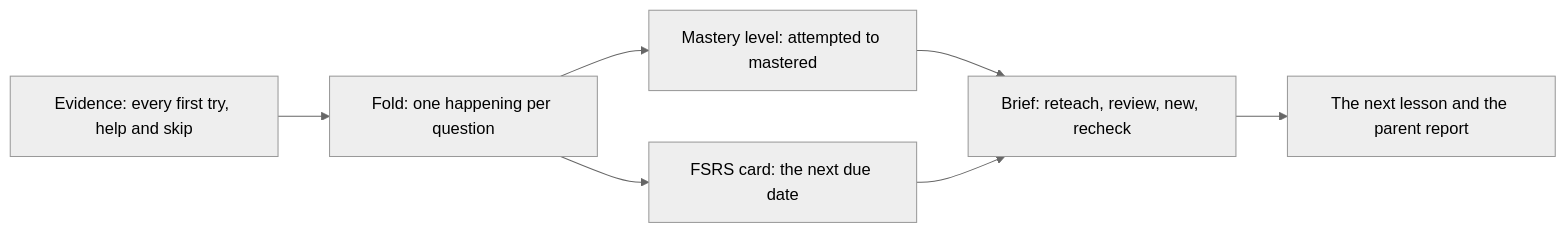
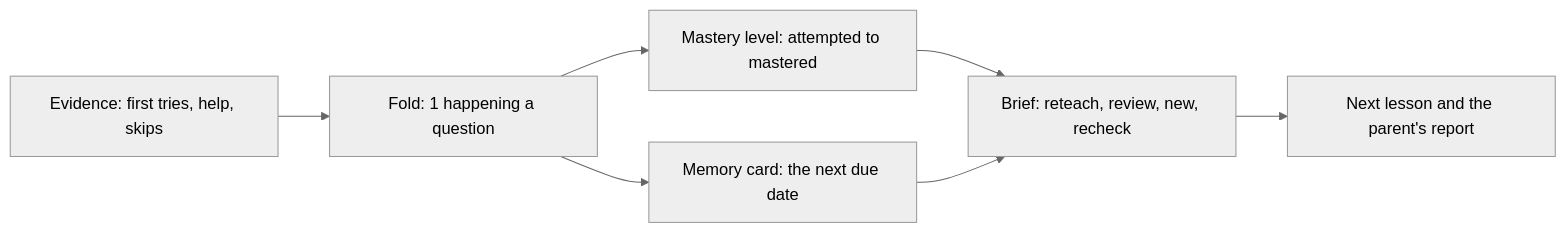
The diagram in apps/docs/src/lib/diagrams/learner-knowledge.mmd (vasyl-stanislavchuk/jadwigo-hackathon), drawn with Mermaid (neutral theme) before and after one commit. The commit also changed 69 other files, not shown here.

First line of the commit message:
dl-5ssh.90.53.20: architecture as a C4 ladder, every diagram redrawn in Medallion (#946)

```diff
--- a/apps/docs/src/lib/diagrams/learner-knowledge.mmd
+++ b/apps/docs/src/lib/diagrams/learner-knowledge.mmd
@@ -1,7 +1,7 @@
 flowchart LR
-  E["Evidence: every first try, help and skip"] --> F["Fold: one happening per question"]
+  E["Evidence: first tries, help, skips"] --> F["Fold: 1 happening a question"]
   F --> L["Mastery level: attempted to mastered"]
-  F --> S["FSRS card: the next due date"]
+  F --> C["Memory card: the next due date"]
   L --> B["Brief: reteach, review, new, recheck"]
-  S --> B
-  B --> N["The next lesson and the parent report"]
+  C --> B
+  B --> N["Next lesson and the parent's report"]
```
